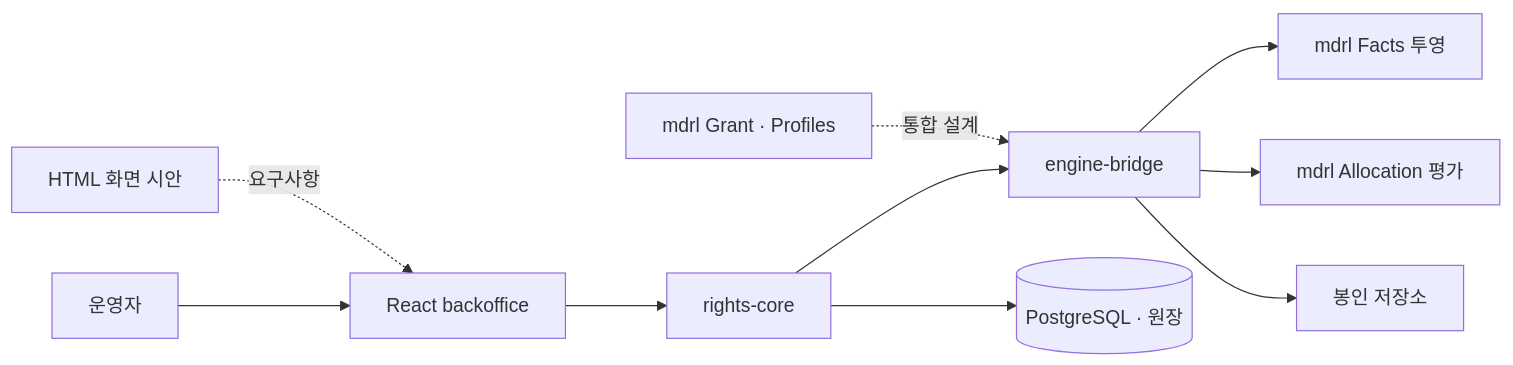
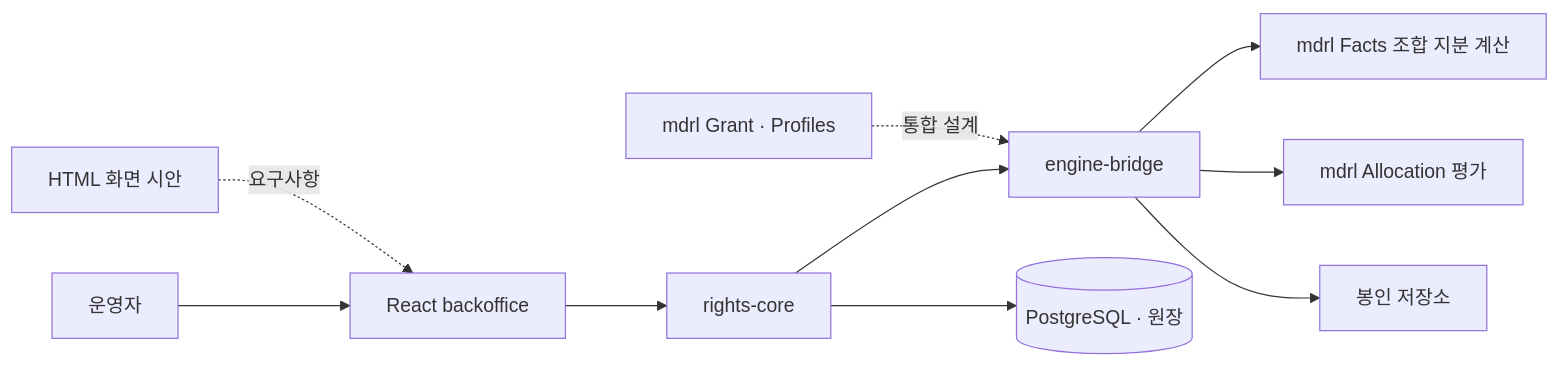
Before and after one commit to changkyuneun-ux/vocal_combination: the second of 2 diagrams in 00_프로젝트_개요/프로젝트_용어_및_아키텍처_맵.md, drawn with Mermaid. The commit also changed other lines of this file and 41 other files, not shown here.

````diff
--- a/00_프로젝트_개요/프로젝트_용어_및_아키텍처_맵.md
+++ b/00_프로젝트_개요/프로젝트_용어_및_아키텍처_맵.md
@@ -42,12 +45,12 @@
 ```mermaid
 flowchart LR
   Admin[운영자] --> BO[React backoffice]
   BO --> RC[rights-core]
   RC --> Bridge[engine-bridge]
-  Bridge --> Facts[mdrl Facts 투영]
+  Bridge --> Facts[mdrl Facts 조합 지분 계산]
   Bridge --> Allocation[mdrl Allocation 평가]
   RC --> DB[(PostgreSQL · 원장)]
   Bridge --> Seal[봉인 저장소]
   Grant[mdrl Grant · Profiles] -. 통합 설계 .-> Bridge
   HTML[HTML 화면 시안] -. 요구사항 .-> BO
 ```
````
